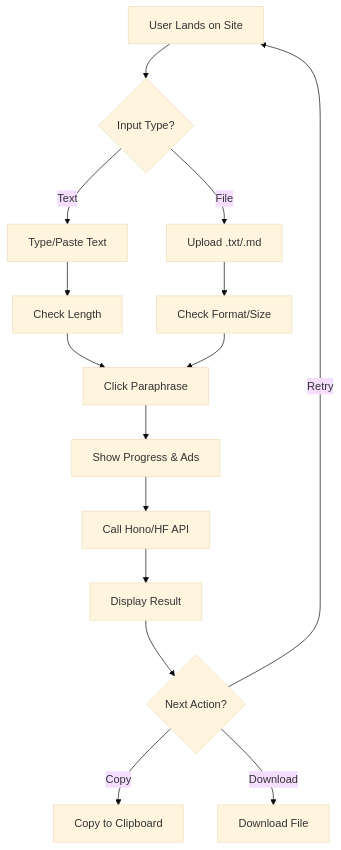
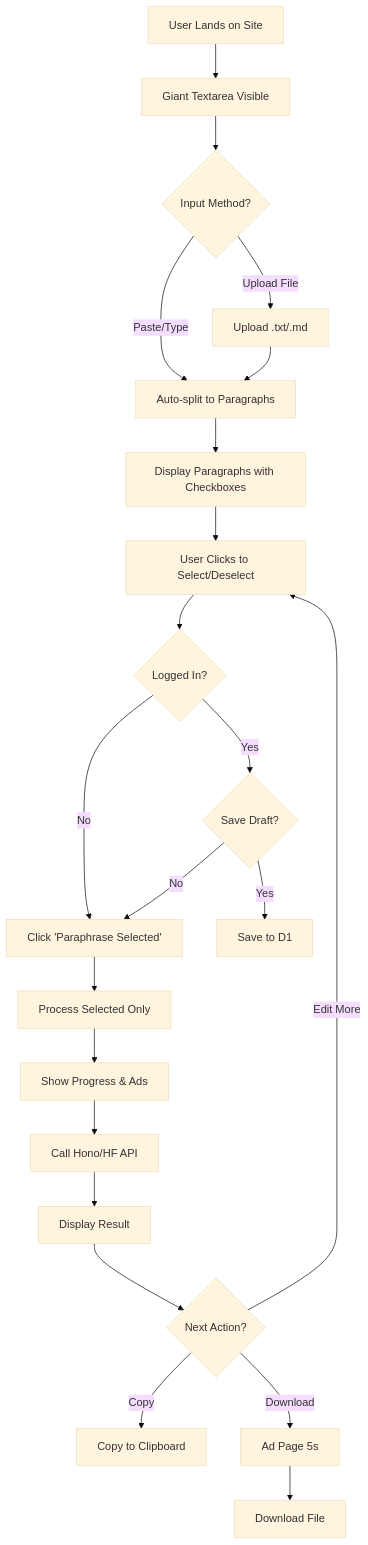
The diagram in docs/6_information_architecture.md (lutfi-zain/indo-paraphrase), drawn with Mermaid (base theme) before and after one commit. The commit also changed other lines of this file and 2 other files, not shown here.

Commit message:
Docs: Update UX/IA/Spec based on user feedback (selective paraphrase, save for later)

````diff
--- a/docs/6_information_architecture.md
+++ b/docs/6_information_architecture.md
@@ -32,22 +32,32 @@
 ```mermaid
 flowchart TD
-    Start[User Lands on Site] --> Choice{Input Type?}
+    Start[User Lands on Site] --> DirectPaste[Giant Textarea Visible]
     
-    Choice -- Text --> TextInput[Type/Paste Text]
-    Choice -- File --> FileUpload[Upload .txt/.md]
+    DirectPaste --> Input{Input Method?}
+    Input -- Paste/Type --> TextSplit[Auto-split to Paragraphs]
+    Input -- Upload File --> FileUpload[Upload .txt/.md]
     
-    TextInput --> Validate[Check Length]
-    FileUpload --> ValidateFile[Check Format/Size]
+    FileUpload --> TextSplit
     
-    Validate --> Process[Click Paraphrase]
-    ValidateFile --> Process
+    TextSplit --> Display[Display Paragraphs with Checkboxes]
+    Display --> Select[User Clicks to Select/Deselect]
     
+    Select --> CheckAuth{Logged In?}
+    CheckAuth -- No --> DirectParaphrase[Click 'Paraphrase Selected']
+    CheckAuth -- Yes --> SaveOption{Save Draft?}
+    
+    SaveOption -- Yes --> SaveToDB[Save to D1]
+    SaveOption -- No --> DirectParaphrase
+    
+    DirectParaphrase --> Process[Process Selected Only]
     Process --> Loading[Show Progress & Ads]
     Loading --> API[Call Hono/HF API]
     API --> Result[Display Result]
     
     Result --> Actions{Next Action?}
     Actions -- Copy --> CopyText[Copy to Clipboard]
-    Actions -- Download --> DownloadFile[Download File]
-    Actions -- Retry --> Start
+    Actions -- Download --> Interstitial[Ad Page 5s]
+    Actions -- Edit More --> Select
+    
+    Interstitial --> DownloadFile[Download File]
 ```
````
